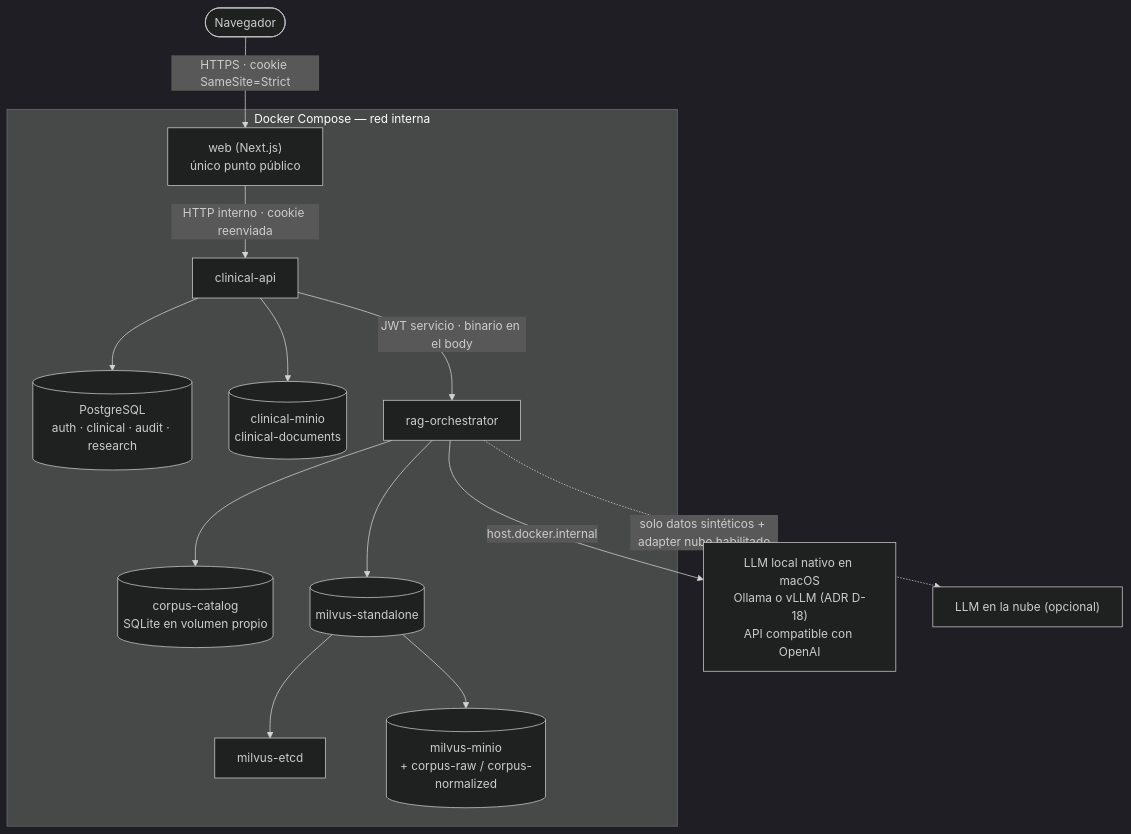
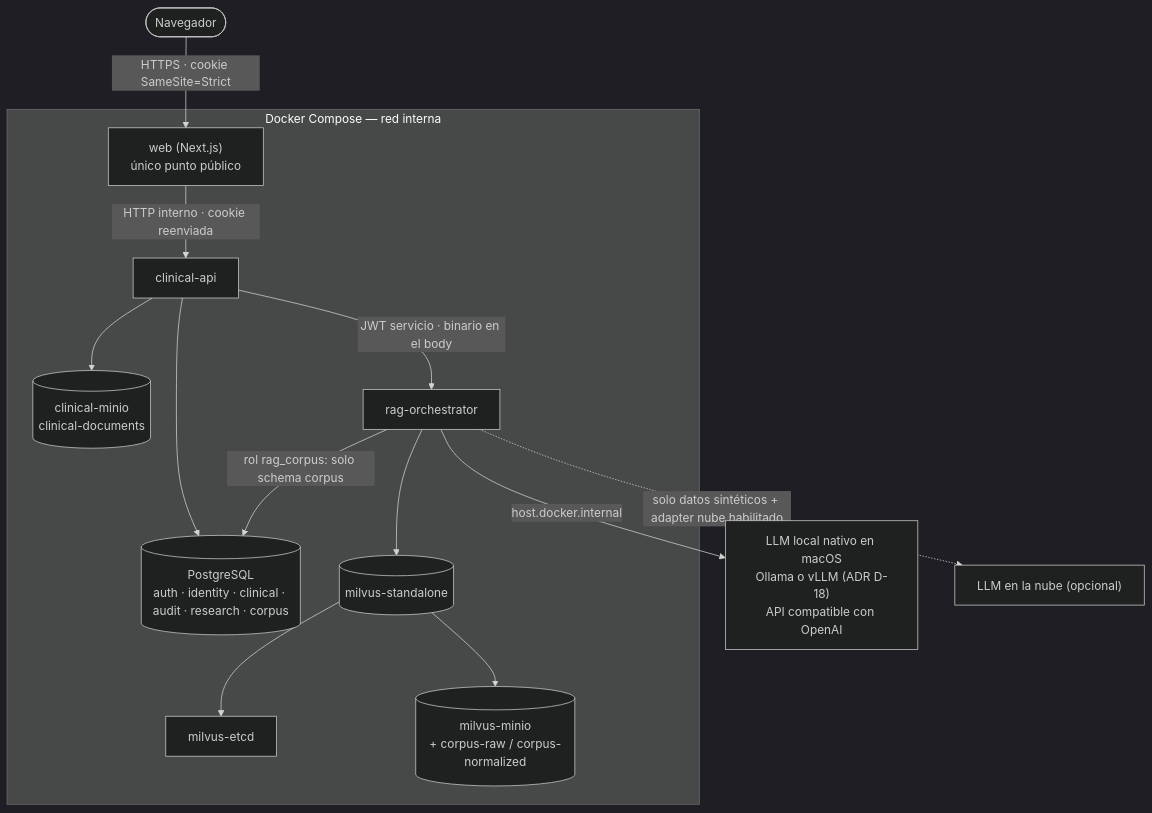
Before and after one commit to hatrickmario/OncoLens-Lab: the third of 4 diagrams in docs/review/propuesta-de-solucion.md, drawn with Mermaid (dark theme). The commit also changed other lines of this file, not shown here.

First line of the commit message:
Keep only PostgreSQL and Milvus: corpus catalog in a `corpus` schema

````diff
--- a/docs/review/propuesta-de-solucion.md
+++ b/docs/review/propuesta-de-solucion.md
@@ -554,16 +555,16 @@
 ```mermaid
 flowchart TD
     Browser(["Navegador"]) -- "HTTPS · cookie SameSite=Strict" --> Web["web (Next.js)<br/>único punto público"]
     subgraph Compose["Docker Compose — red interna"]
         Web -- "HTTP interno · cookie reenviada" --> BE1["clinical-api"]
-        BE1 --> PG[("PostgreSQL<br/>auth · clinical · audit · research")]
+        BE1 --> PG[("PostgreSQL<br/>auth · identity · clinical · audit · research · corpus")]
         BE1 --> CMINIO[("clinical-minio<br/>clinical-documents")]
         BE1 -- "JWT servicio · binario en el body" --> BE2["rag-orchestrator"]
-        BE2 --> CAT[("corpus-catalog<br/>SQLite en volumen propio")]
+        BE2 -- "rol rag_corpus: solo schema corpus" --> PG
         BE2 --> MV[("milvus-standalone")]
         MV --> ETCD["milvus-etcd"]
         MV --> MMINIO[("milvus-minio<br/>+ corpus-raw / corpus-normalized")]
     end
     BE2 -- "host.docker.internal" --> INF["LLM local nativo en macOS<br/>Ollama o vLLM (ADR D-18)<br/>API compatible con OpenAI"]
     BE2 -. "solo datos sintéticos + adapter nube habilitado" .-> CLOUD["LLM en la nube (opcional)"]
 ```
````
